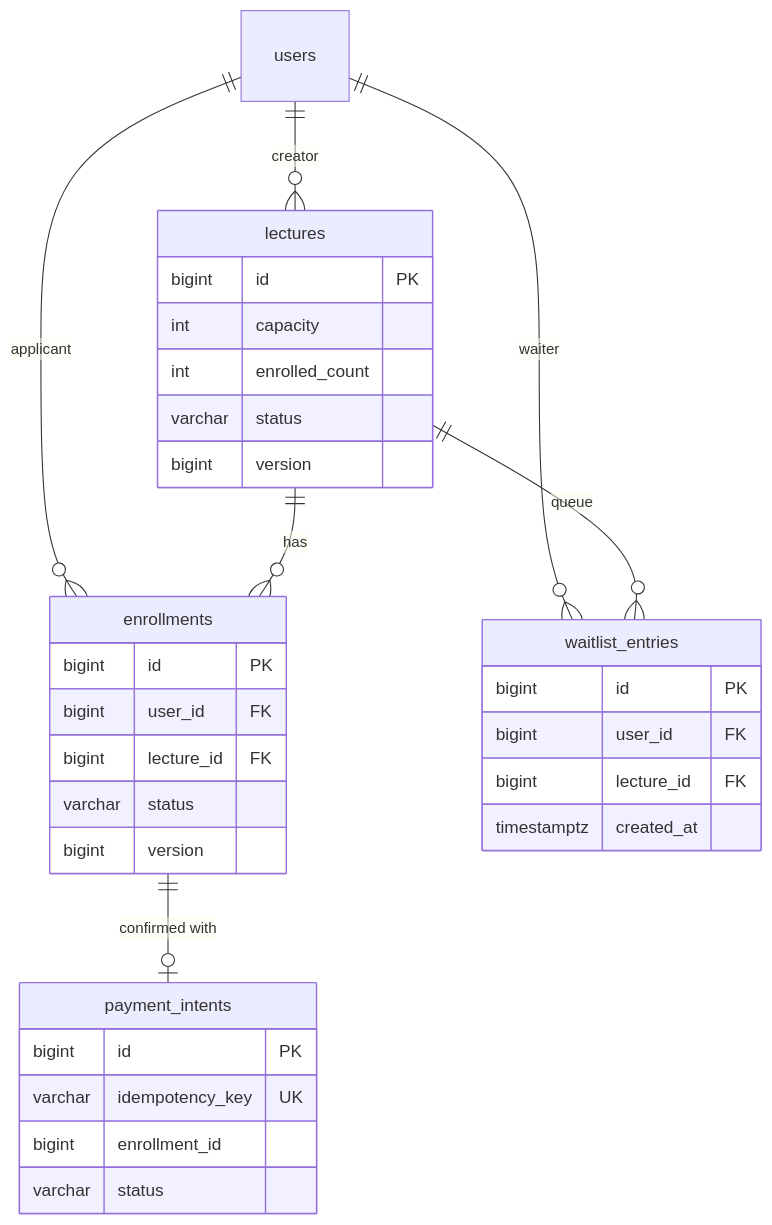
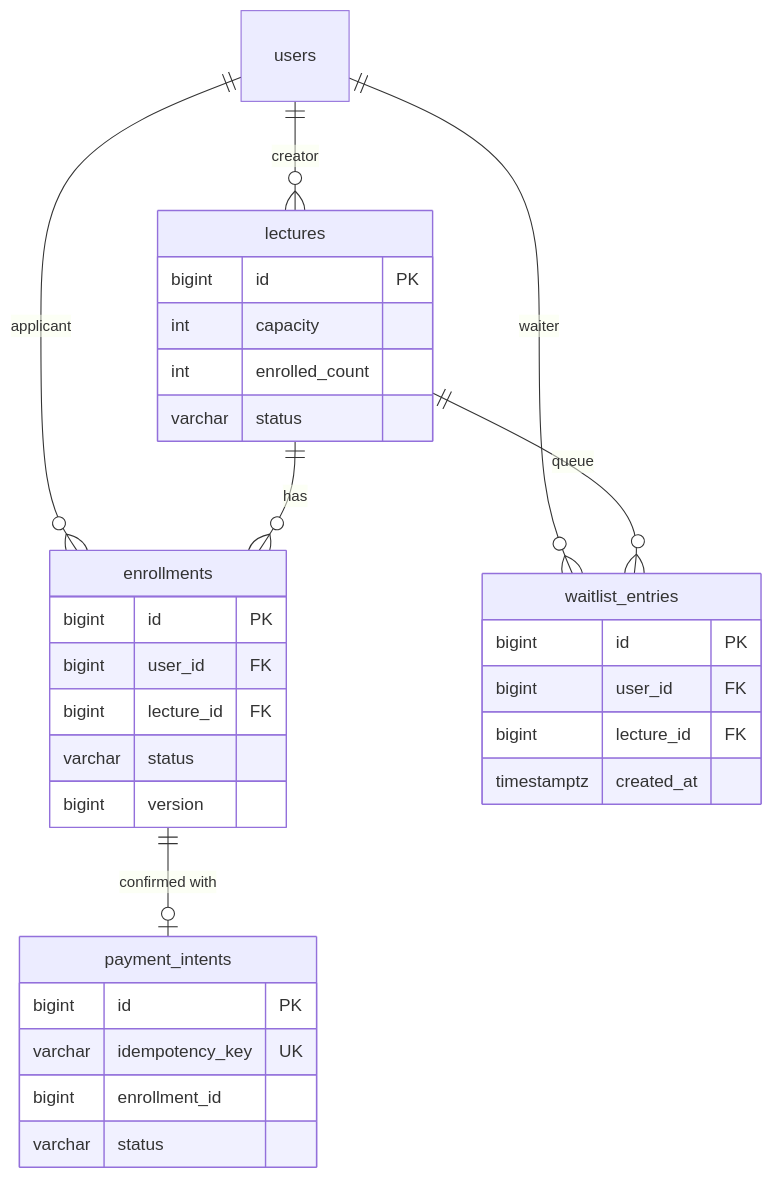
Before and after one commit to dolmaroyujinpark/be-enrollment-assignment: the diagram in README.md, drawn with Mermaid. The commit also changed other lines of this file and 5 other files, not shown here.

````diff
--- a/README.md
+++ b/README.md
@@ -99,36 +99,35 @@
 ```mermaid
 erDiagram
     users ||--o{ lectures : creator
     users ||--o{ enrollments : applicant
     users ||--o{ waitlist_entries : waiter
     lectures ||--o{ enrollments : has
     lectures ||--o{ waitlist_entries : queue
     enrollments ||--o| payment_intents : "confirmed with"
 
     lectures {
         bigint id PK
         int capacity
         int enrolled_count
         varchar status
-        bigint version
     }
     enrollments {
         bigint id PK
         bigint user_id FK
         bigint lecture_id FK
         varchar status
         bigint version
     }
     payment_intents {
         bigint id PK
         varchar idempotency_key UK
         bigint enrollment_id
         varchar status
     }
     waitlist_entries {
         bigint id PK
         bigint user_id FK
         bigint lecture_id FK
         timestamptz created_at
     }
 ```
````
